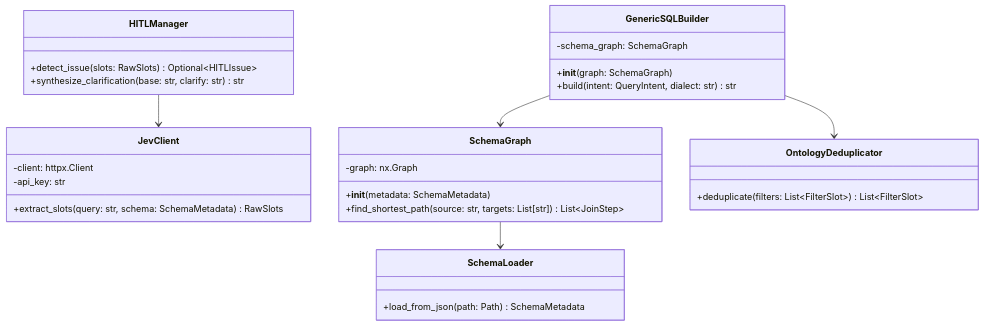
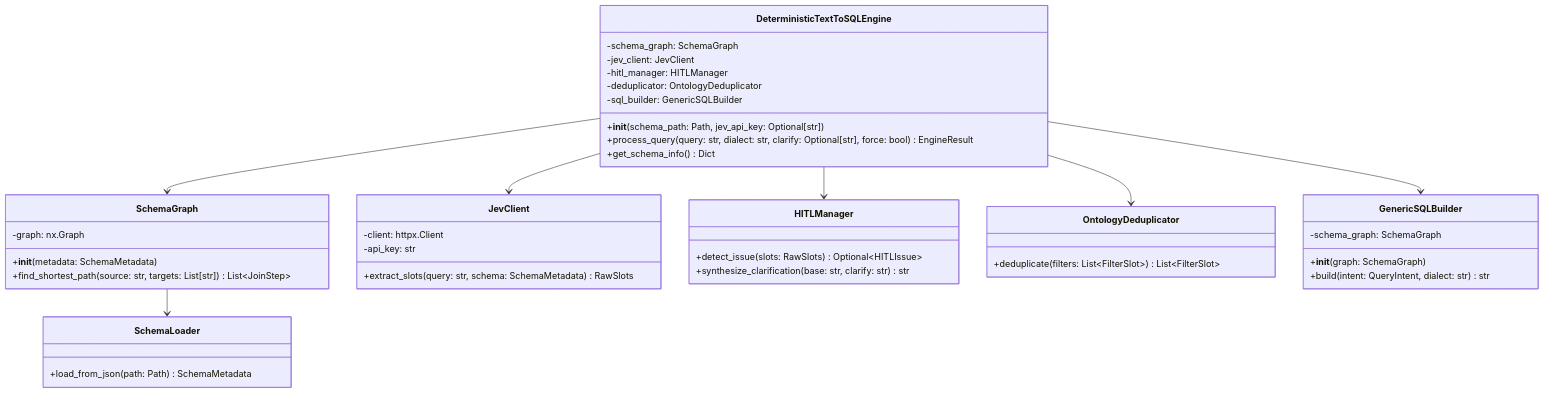
One commit to snaga/Deterministic-Text-to-SQL changed the fourth of 4 diagrams in doc/design.md. Above: the diagram before and after it, drawn with Mermaid. The commit also changed other lines of this file and 2 other files, not shown here.

````diff
--- a/doc/design.md
+++ b/doc/design.md
@@ -251,38 +274,51 @@
 ```mermaid
 classDiagram
+    class DeterministicTextToSQLEngine {
+        -schema_graph: SchemaGraph
+        -jev_client: JevClient
+        -hitl_manager: HITLManager
+        -deduplicator: OntologyDeduplicator
+        -sql_builder: GenericSQLBuilder
+        +__init__(schema_path: Path, jev_api_key: Optional[str])
+        +process_query(query: str, dialect: str, clarify: Optional[str], force: bool) EngineResult
+        +get_schema_info() Dict
+    }
+
     class SchemaLoader {
         +load_from_json(path: Path) SchemaMetadata
     }
 
     class SchemaGraph {
         -graph: nx.Graph
         +__init__(metadata: SchemaMetadata)
         +find_shortest_path(source: str, targets: List[str]) List~JoinStep~
     }
 
     class JevClient {
         -client: httpx.Client
         -api_key: str
         +extract_slots(query: str, schema: SchemaMetadata) RawSlots
     }
 
     class HITLManager {
         +detect_issue(slots: RawSlots) Optional~HITLIssue~
         +synthesize_clarification(base: str, clarify: str) str
     }
 
     class OntologyDeduplicator {
         +deduplicate(filters: List~FilterSlot~) List~FilterSlot~
     }
 
     class GenericSQLBuilder {
         -schema_graph: SchemaGraph
         +__init__(graph: SchemaGraph)
         +build(intent: QueryIntent, dialect: str) str
     }
 
+    DeterministicTextToSQLEngine --> SchemaGraph
+    DeterministicTextToSQLEngine --> JevClient
+    DeterministicTextToSQLEngine --> HITLManager
+    DeterministicTextToSQLEngine --> OntologyDeduplicator
+    DeterministicTextToSQLEngine --> GenericSQLBuilder
     SchemaGraph --> SchemaLoader
-    GenericSQLBuilder --> SchemaGraph
-    GenericSQLBuilder --> OntologyDeduplicator
-    HITLManager --> JevClient
 ```
````
